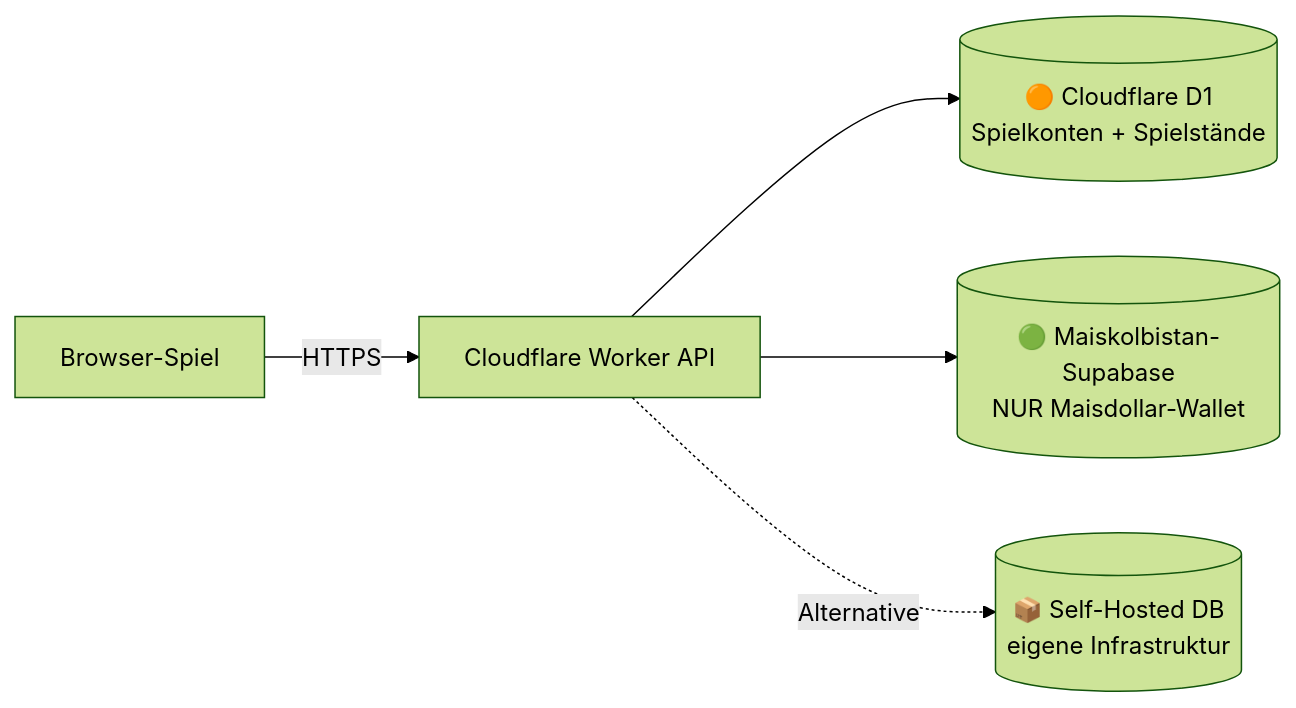
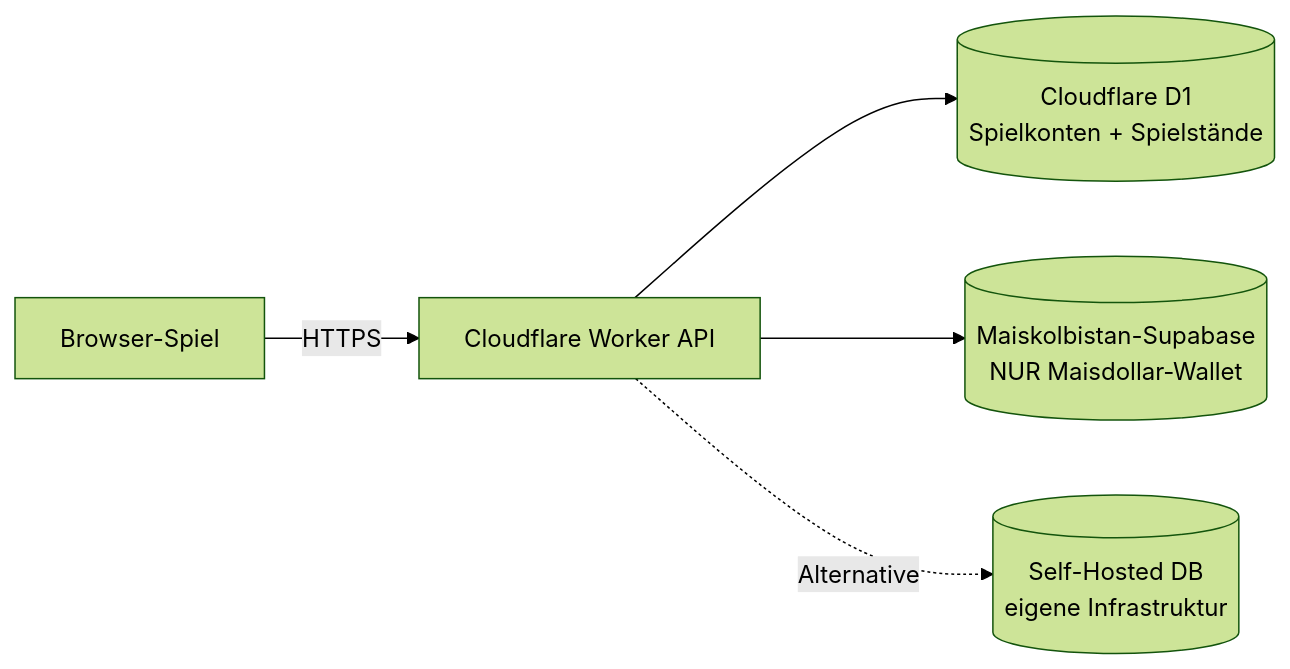
One commit to Informationstechnik-Humboldt-Gymnasium/mais-tower-defense changed the diagram in README.md. Above: the diagram before and after it, drawn with Mermaid (forest theme). The commit also changed other lines of this file and 1 other file, not shown here.

````diff
--- a/README.md
+++ b/README.md
@@ -105,7 +120,7 @@
 ```mermaid
 flowchart LR
     A[Browser-Spiel] -->|HTTPS| B[Cloudflare Worker API]
-    B --> C[(🟠 Cloudflare D1<br/>Spielkonten + Spielstände)]
-    B --> D[(🟢 Maiskolbistan-Supabase<br/>NUR Maisdollar-Wallet)]
-    B -.->|Alternative| E[(📦 Self-Hosted DB<br/>eigene Infrastruktur)]
+    B --> C[(Cloudflare D1<br/>Spielkonten + Spielstände)]
+    B --> D[(Maiskolbistan-Supabase<br/>NUR Maisdollar-Wallet)]
+    B -.->|Alternative| E[(Self-Hosted DB<br/>eigene Infrastruktur)]
 ```
````
